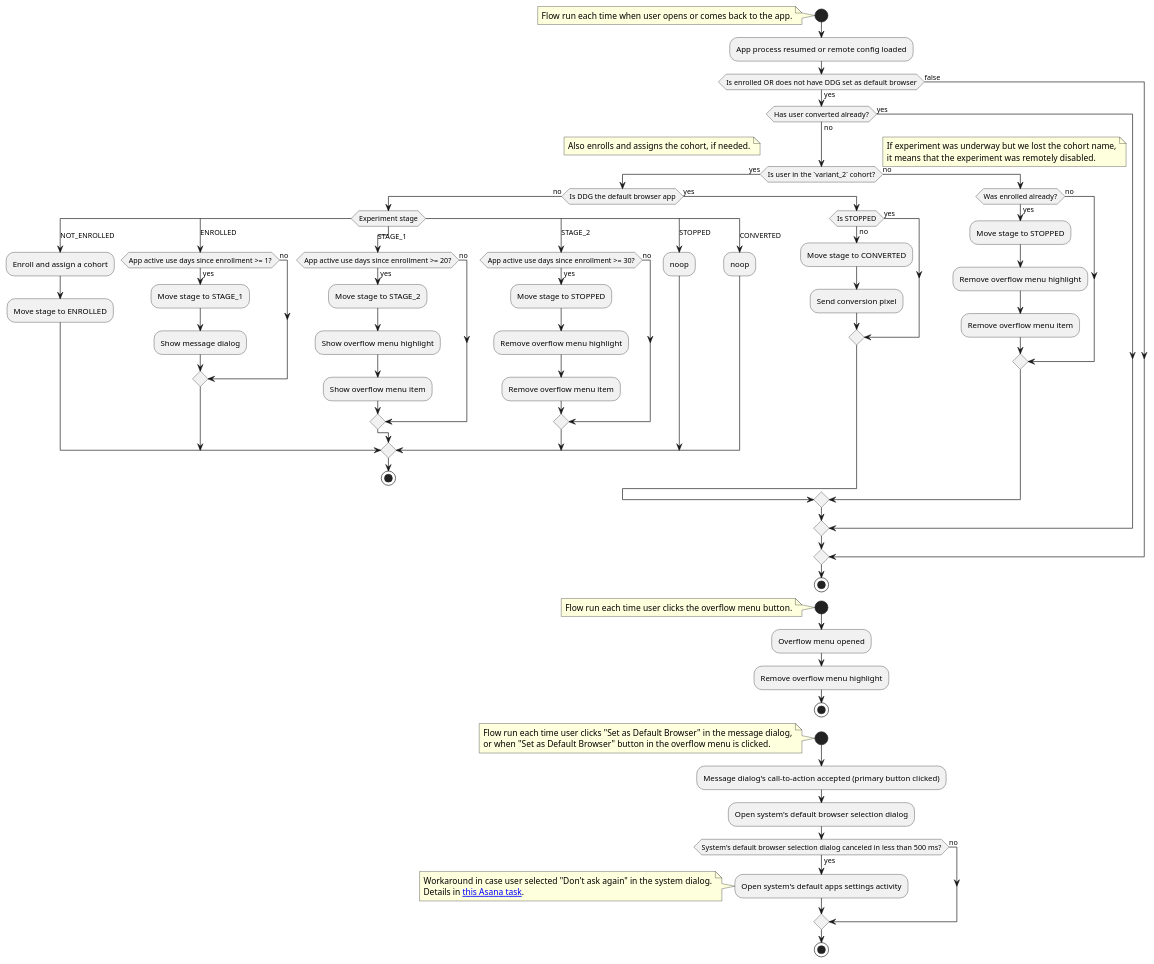
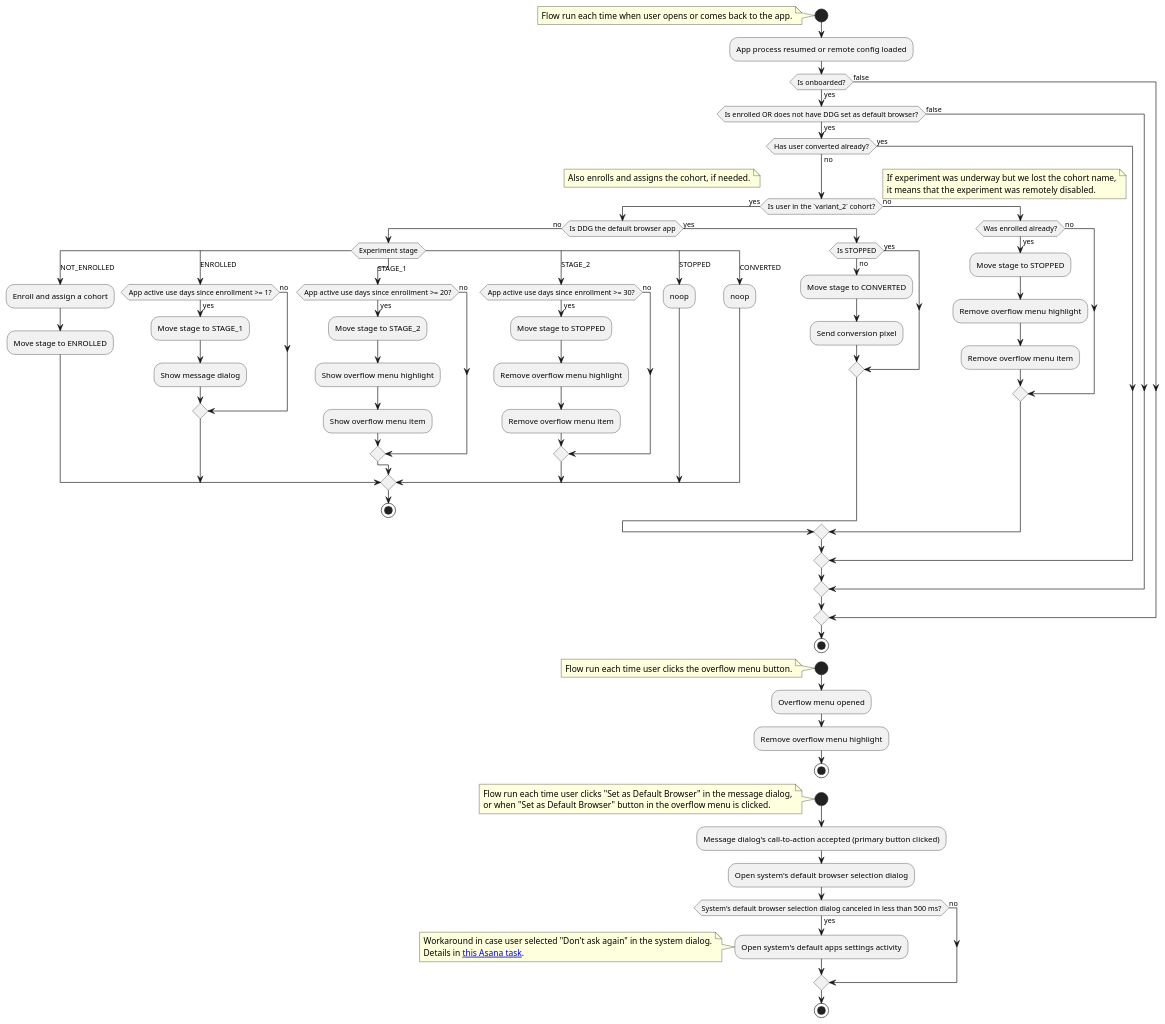
One commit to duckduckgo/Android changed the diagram in app/src/main/java/com/duckduckgo/app/browser/defaultbrowsing/prompts/diagrams/default_browser_prompts_experiment_variant_2_flow_diagram.puml. Above: the diagram before and after it, drawn with PlantUML. The commit also changed 7 other files, not shown here.

Commit message:
Additional "default browser" prompts: enroll only onboarded users

```diff
--- a/app/src/main/java/com/duckduckgo/app/browser/defaultbrowsing/prompts/diagrams/default_browser_prompts_experiment_variant_2_flow_diagram.puml
+++ b/app/src/main/java/com/duckduckgo/app/browser/defaultbrowsing/prompts/diagrams/default_browser_prompts_experiment_variant_2_flow_diagram.puml
@@ -1,94 +1,97 @@
 @startuml
 start
 note
   Flow run each time when user opens or comes back to the app.
 end note
 :App process resumed or remote config loaded;
-if (Is enrolled OR does not have DDG set as default browser) then (yes)
-  if (Has user converted already?) then (no)
-    if (Is user in the `variant_2` cohort?) then (yes)
-      note
-         Also enrolls and assigns the cohort, if needed.
-      end note
-      if (Is DDG the default browser app) then (no)
-        switch (Experiment stage)
-        case (NOT_ENROLLED)
-          :Enroll and assign a cohort;
-          :Move stage to ENROLLED;
-        case (ENROLLED)
-          if (App active use days since enrollment >= 1?) then (yes)
-            :Move stage to STAGE_1;
-            :Show message dialog;
+if (Is onboarded?) then (yes)
+  if (Is enrolled OR does not have DDG set as default browser?) then (yes)
+    if (Has user converted already?) then (no)
+      if (Is user in the `variant_2` cohort?) then (yes)
+        note
+           Also enrolls and assigns the cohort, if needed.
+        end note
+        if (Is DDG the default browser app) then (no)
+          switch (Experiment stage)
+          case (NOT_ENROLLED)
+            :Enroll and assign a cohort;
+            :Move stage to ENROLLED;
+          case (ENROLLED)
+            if (App active use days since enrollment >= 1?) then (yes)
+              :Move stage to STAGE_1;
+              :Show message dialog;
+            else (no)
+            endif
+          case (STAGE_1)
+            if (App active use days since enrollment >= 20?) then (yes)
+              :Move stage to STAGE_2;
+              :Show overflow menu highlight;
+                :Show overflow menu item;
+            else (no)
+            endif
+          case (STAGE_2)
+            if (App active use days since enrollment >= 30?) then (yes)
+              :Move stage to STOPPED;
+              :Remove overflow menu highlight;
+              :Remove overflow menu item;
+            else (no)
+            endif
+          case (STOPPED)
+            :noop;
+          case (CONVERTED)
+            :noop;
+          endswitch
+          stop
+        else (yes)
+          if (Is STOPPED) is (yes) then
           else (no)
+            :Move stage to CONVERTED;
+            :Send conversion pixel;
           endif
-        case (STAGE_1)
-          if (App active use days since enrollment >= 20?) then (yes)
-            :Move stage to STAGE_2;
-            :Show overflow menu highlight;
-              :Show overflow menu item;
-          else (no)
-          endif
-        case (STAGE_2)
-          if (App active use days since enrollment >= 30?) then (yes)
-            :Move stage to STOPPED;
-            :Remove overflow menu highlight;
-            :Remove overflow menu item;
-          else (no)
-          endif
-        case (STOPPED)
-          :noop;
-        case (CONVERTED)
-          :noop;
-        endswitch
-        stop
-      else (yes)
-        if (Is STOPPED) is (yes) then
+        endif
+      else (no)
+        note right
+          If experiment was underway but we lost the cohort name,
+          it means that the experiment was remotely disabled.
+        end note
+        if (Was enrolled already?) is (yes) then
+          :Move stage to STOPPED;
+          :Remove overflow menu highlight;
+          :Remove overflow menu item;
         else (no)
-          :Move stage to CONVERTED;
-          :Send conversion pixel;
         endif
       endif
-    else (no)
-      note right
-        If experiment was underway but we lost the cohort name,
-        it means that the experiment was remotely disabled.
-      end note
-      if (Was enrolled already?) is (yes) then
-        :Move stage to STOPPED;
-        :Remove overflow menu highlight;
-        :Remove overflow menu item;
-      else (no)
+    else (yes)
       endif
-    endif
-  else (yes)
-    endif
+  else (false)
+  endif
 else (false)
 endif
 stop
 
 start
 note
   Flow run each time user clicks the overflow menu button.
 end note
 :Overflow menu opened;
 :Remove overflow menu highlight;
 stop
 
 start
 note
   Flow run each time user clicks "Set as Default Browser" in the message dialog,
   or when "Set as Default Browser" button in the overflow menu is clicked.
 end note
 :Message dialog's call-to-action accepted (primary button clicked);
 :Open system's default browser selection dialog;
 if (System's default browser selection dialog canceled in less than 500 ms?) then (yes)
   :Open system's default apps settings activity;
   note
     Workaround in case user selected "Don't ask again" in the system dialog.
     Details in [[https://app.asana.com/0/0/1208996977455495/f this Asana task]].
   end note
 else (no)
 endif
 stop
 
 @enduml
```
